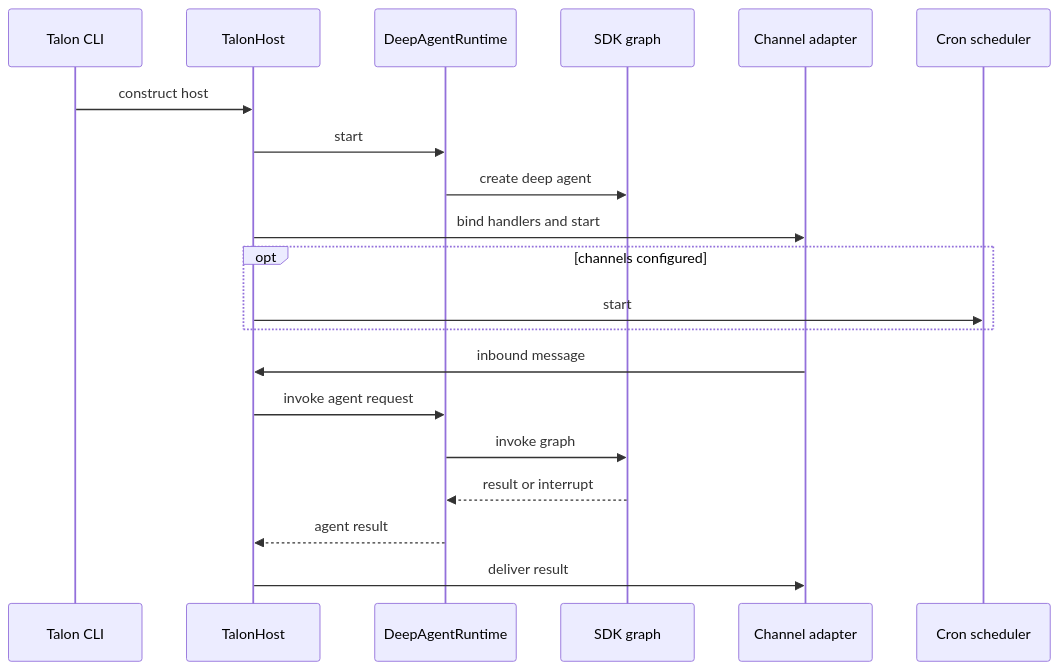
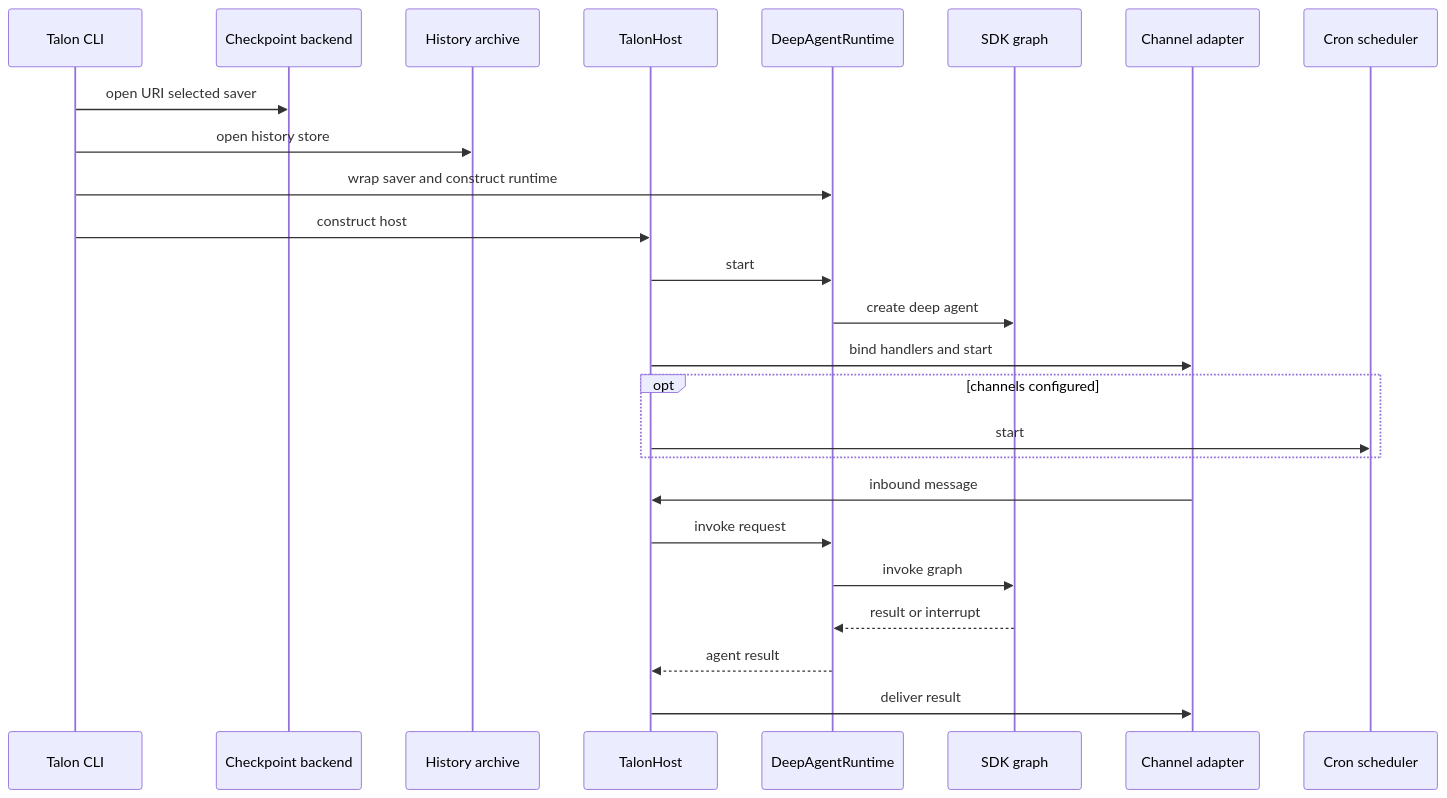
Before and after one commit to langchain-ai/deepagents: the second of 2 diagrams in openwiki/architecture/overview.md, drawn with Mermaid. The commit also changed other lines of this file and 32 other files, not shown here.

````diff
--- a/openwiki/architecture/overview.md
+++ b/openwiki/architecture/overview.md
@@ -134,22 +127,27 @@
 ```mermaid
 sequenceDiagram
   participant Cli as Talon CLI
+  participant Checkpoints as Checkpoint backend
+  participant Archive as History archive
   participant Host as TalonHost
   participant Runtime as DeepAgentRuntime
   participant Graph as SDK graph
   participant Channel as Channel adapter
   participant Scheduler as Cron scheduler
+  Cli->>Checkpoints: open URI selected saver
+  Cli->>Archive: open history store
+  Cli->>Runtime: wrap saver and construct runtime
   Cli->>Host: construct host
   Host->>Runtime: start
   Runtime->>Graph: create deep agent
   Host->>Channel: bind handlers and start
   opt channels configured
     Host->>Scheduler: start
   end
   Channel->>Host: inbound message
-  Host->>Runtime: invoke agent request
+  Host->>Runtime: invoke request
   Runtime->>Graph: invoke graph
   Graph-->>Runtime: result or interrupt
   Runtime-->>Host: agent result
   Host->>Channel: deliver result
 ```
````
